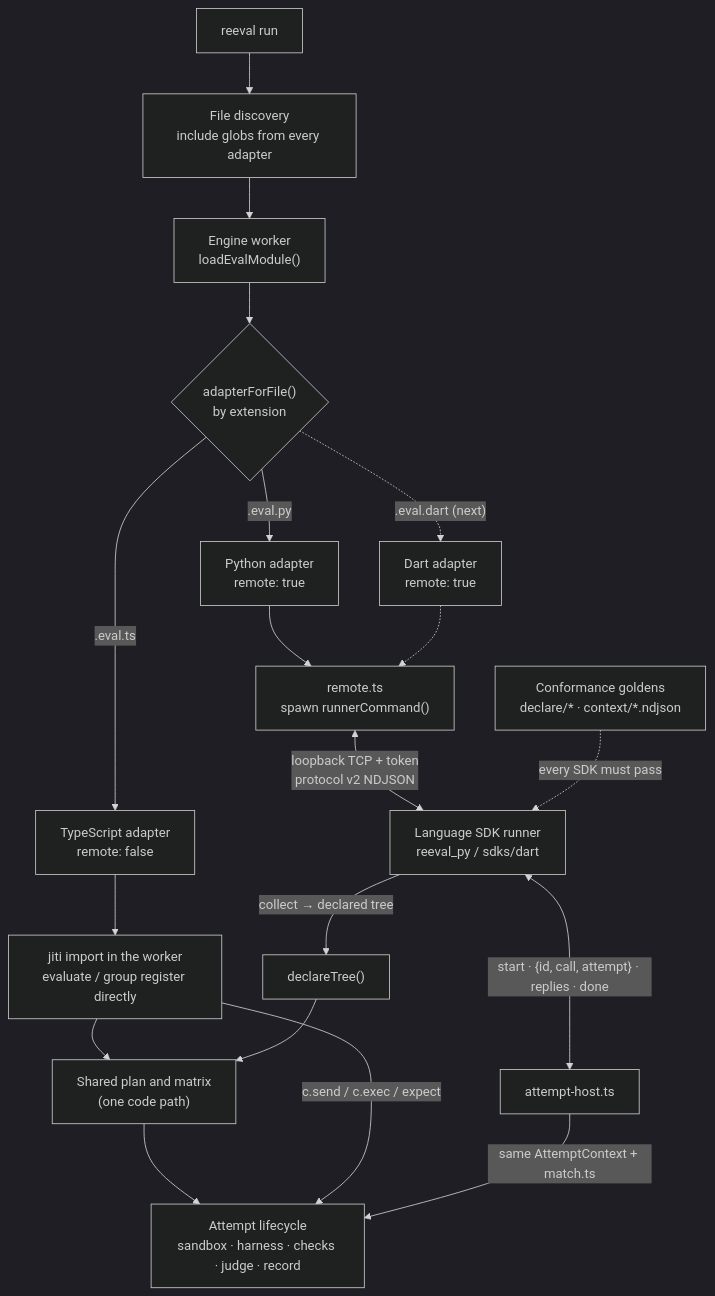
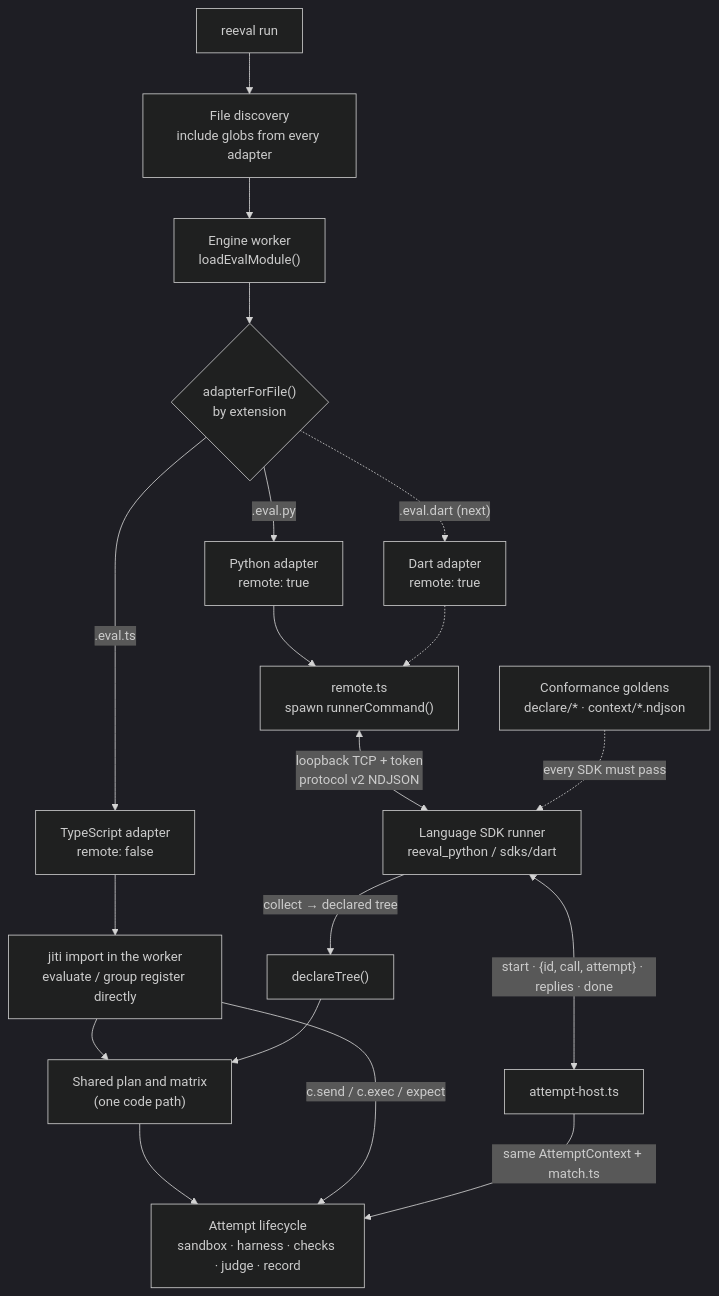
One commit to invertase/reeval changed the diagram in .agents/skills/add-a-language/SKILL.md. Above: the diagram before and after it, drawn with Mermaid (dark theme). The commit also changed other lines of this file and 31 other files, not shown here.

Commit message:
feat(python): uv toolchain, src layout and runner resolution

````diff
--- a/.agents/skills/add-a-language/SKILL.md
+++ b/.agents/skills/add-a-language/SKILL.md
@@ -27,25 +27,25 @@
 ```mermaid
 flowchart TD
   CLI["reeval run"] --> Disc["File discovery<br/>include globs from every adapter"]
   Disc --> Worker["Engine worker<br/>loadEvalModule()"]
   Worker --> Pick{"adapterForFile()<br/>by extension"}
 
   Pick -->|".eval.ts"| TS["TypeScript adapter<br/>remote: false"]
   TS --> Jiti["jiti import in the worker<br/>evaluate / group register directly"]
 
   Pick -->|".eval.py"| Py["Python adapter<br/>remote: true"]
   Pick -.->|".eval.dart (next)"| Dart["Dart adapter<br/>remote: true"]
   Py --> Remote["remote.ts<br/>spawn runnerCommand()"]
   Dart -.-> Remote
-  Remote <-->|"loopback TCP + token<br/>protocol v2 NDJSON"| SDK["Language SDK runner<br/>reeval_py / sdks/dart"]
+  Remote <-->|"loopback TCP + token<br/>protocol v2 NDJSON"| SDK["Language SDK runner<br/>reeval_python / sdks/dart"]
   SDK -->|"collect → declared tree"| Declare["declareTree()"]
   SDK <-->|"start · {id, call, attempt} · replies · done"| Host["attempt-host.ts"]
 
   Jiti --> Plan["Shared plan and matrix<br/>(one code path)"]
   Declare --> Plan
   Plan --> Attempt["Attempt lifecycle<br/>sandbox · harness · checks · judge · record"]
   Jiti -->|"c.send / c.exec / expect"| Attempt
   Host -->|"same AttemptContext + match.ts"| Attempt
 
   Conf["Conformance goldens<br/>declare/* · context/*.ndjson"] -. "every SDK must pass" .-> SDK
 ```
````
